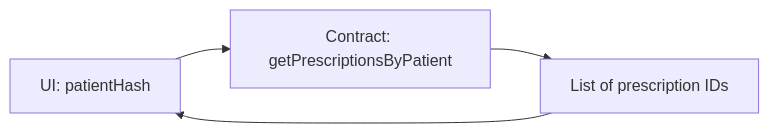
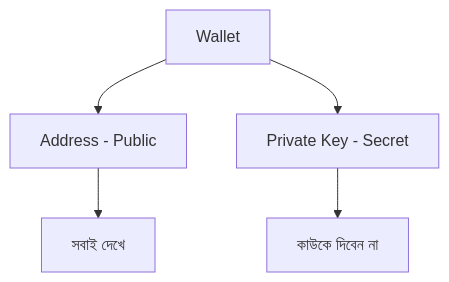
The sixth of 11 diagrams in docs/BLOCKMED_BLOCKCHAIN_SUPER_BASIC_BN_EN.md (Taibur-Rahaman/blockmed-v1.2), drawn with Mermaid before and after one commit. The commit also changed other lines of this file and 3 other files, not shown here.

Commit message:
docs: BN+EN lecturer doc with diagrams, add HOW_THE_PROJECT_WORKS, update README

````diff
--- a/docs/BLOCKMED_BLOCKCHAIN_SUPER_BASIC_BN_EN.md
+++ b/docs/BLOCKMED_BLOCKCHAIN_SUPER_BASIC_BN_EN.md
@@ -525,6 +208,8 @@
 ```mermaid
-flowchart LR
-  U[UI: patientHash] --> P[Contract: getPrescriptionsByPatient]
-  P --> L[List of prescription IDs]
-  L --> U
+flowchart TD
+  W[Wallet]
+  W --> A[Address - Public]
+  W --> P[Private Key - Secret]
+  A --> A1[সবাই দেখে]
+  P --> P1[কাউকে দিবেন না]
 ```
````
